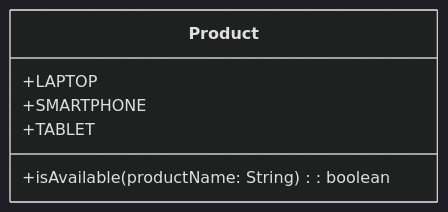
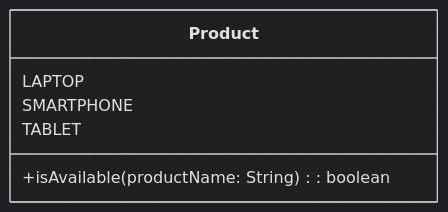
One commit to wielandjan/java_helloWorld_1 changed the fourth of 5 diagrams in scr/exercises/Programmieren1/SampleExam/ReadMe.md. Above: the diagram before and after it, drawn with Mermaid (dark theme). The commit also changed other lines of this file, not shown here.

````diff
--- a/scr/exercises/Programmieren1/SampleExam/ReadMe.md
+++ b/scr/exercises/Programmieren1/SampleExam/ReadMe.md
@@ -116,9 +124,9 @@
 ```mermaid
 classDiagram
     class Product {
-        +LAPTOP
-        +SMARTPHONE
-        +TABLET
+        LAPTOP
+        SMARTPHONE
+        TABLET
         +isAvailable(productName: String): boolean
     }
 ```
````
